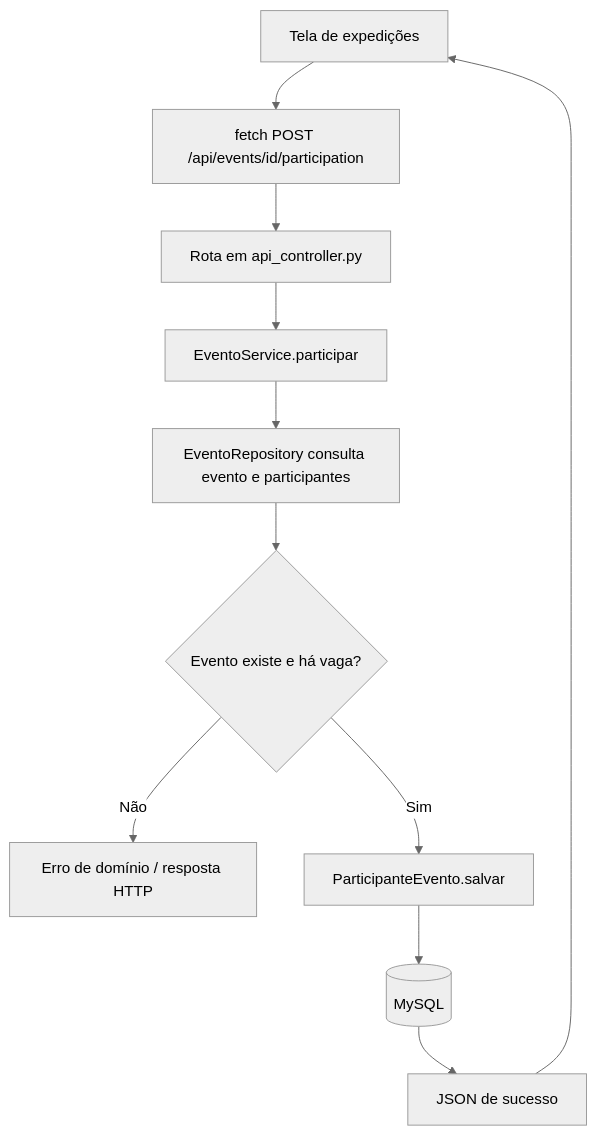
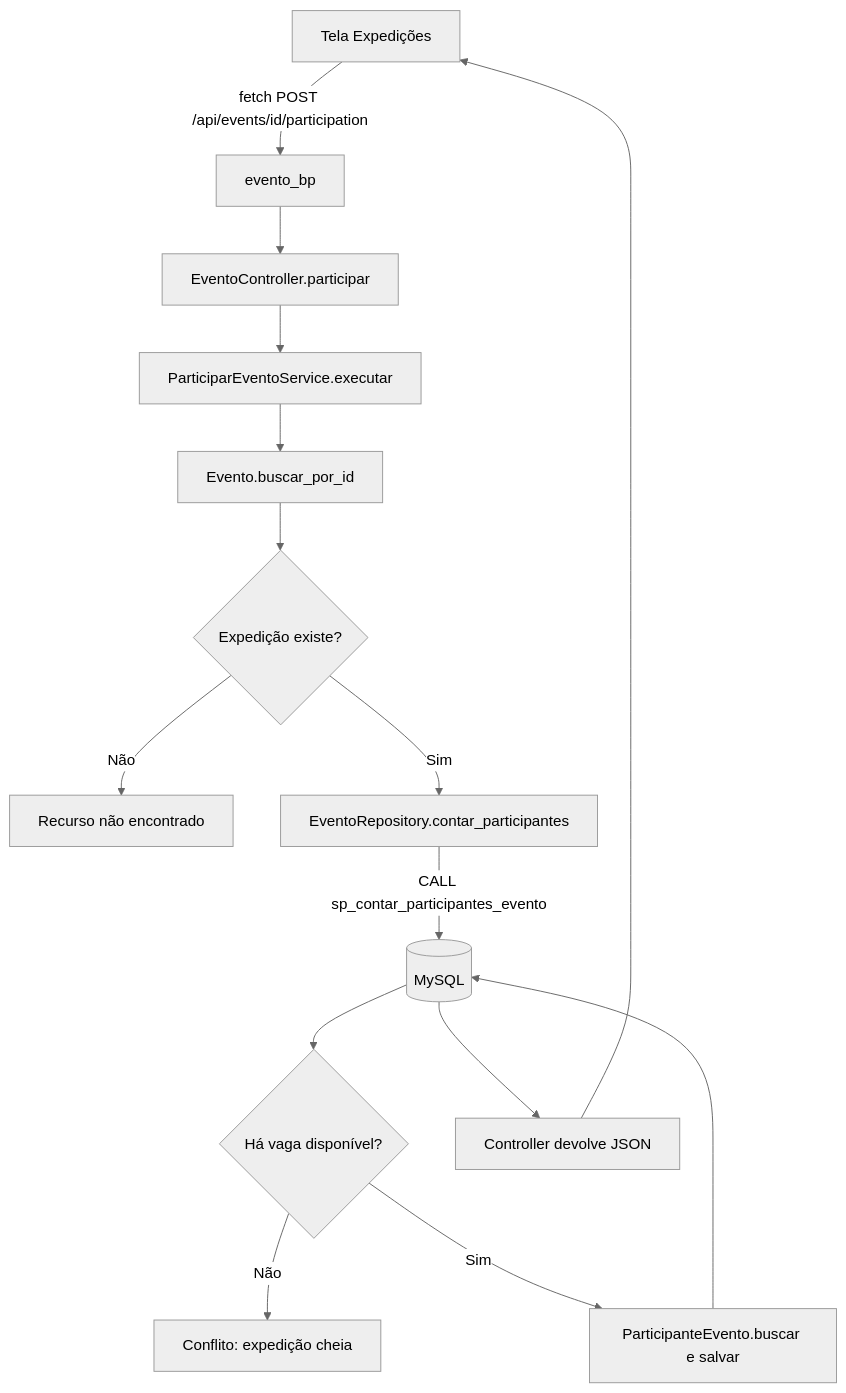
Before and after one commit to Diethyllether/TrailUp: the diagram in docs/fluxogramas/participar_evento.md, drawn with Mermaid (neutral theme). The commit also changed other lines of this file and 12 other files, not shown here.

````diff
--- a/docs/fluxogramas/participar_evento.md
+++ b/docs/fluxogramas/participar_evento.md
@@ -3,13 +3,17 @@
 ```mermaid
 flowchart TD
-  A[Tela de expedições] --> B[fetch POST /api/events/id/participation]
-  B --> C[Rota em api_controller.py]
-  C --> D[EventoService.participar]
-  D --> E[EventoRepository consulta evento e participantes]
-  E --> F{Evento existe e há vaga?}
-  F -- Não --> G[Erro de domínio / resposta HTTP]
-  F -- Sim --> H[ParticipanteEvento.salvar]
-  H --> I[(MySQL)]
-  I --> J[JSON de sucesso]
-  J --> A
+  A[Tela Expedições] -->|fetch POST /api/events/id/participation| B[evento_bp]
+  B --> C[EventoController.participar]
+  C --> D[ParticiparEventoService.executar]
+  D --> E[Evento.buscar_por_id]
+  E --> F{Expedição existe?}
+  F -- Não --> X[Recurso não encontrado]
+  F -- Sim --> G[EventoRepository.contar_participantes]
+  G -->|CALL sp_contar_participantes_evento| H[(MySQL)]
+  H --> I{Há vaga disponível?}
+  I -- Não --> Y[Conflito: expedição cheia]
+  I -- Sim --> J[ParticipanteEvento.buscar e salvar]
+  J --> H
+  H --> K[Controller devolve JSON]
+  K --> A
 ```
````
